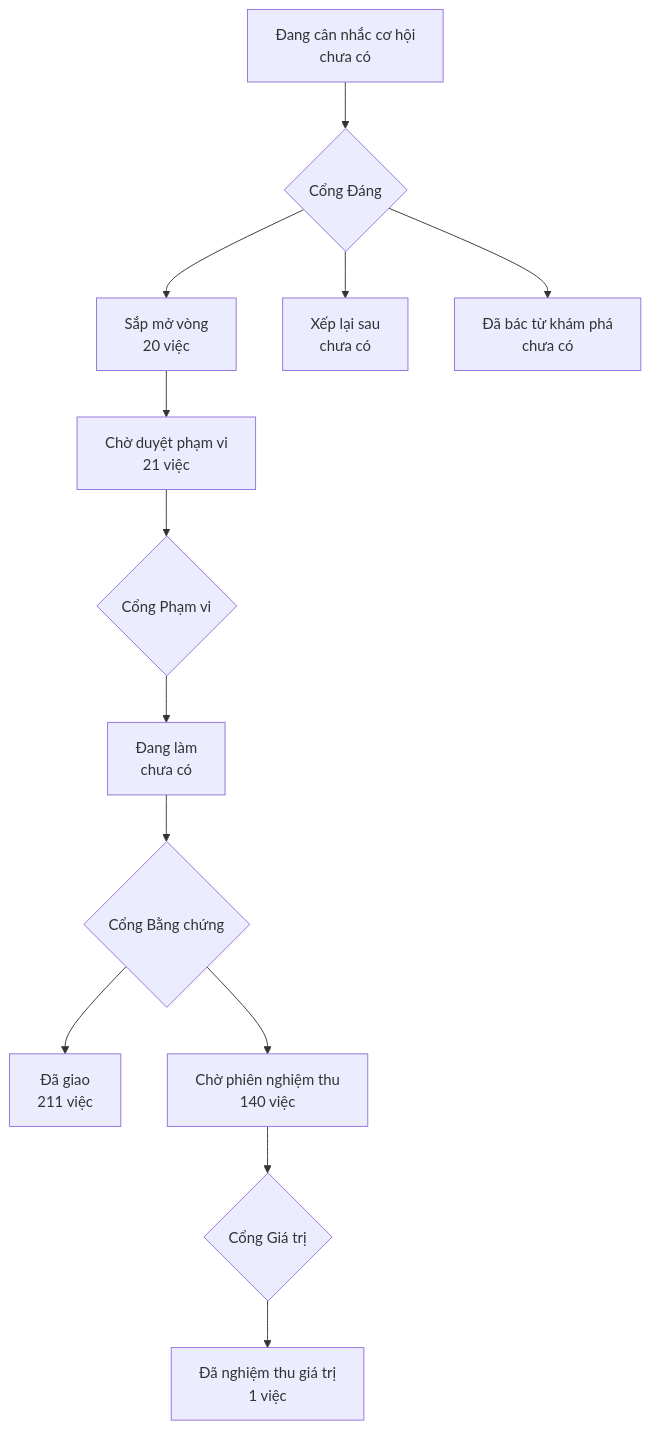
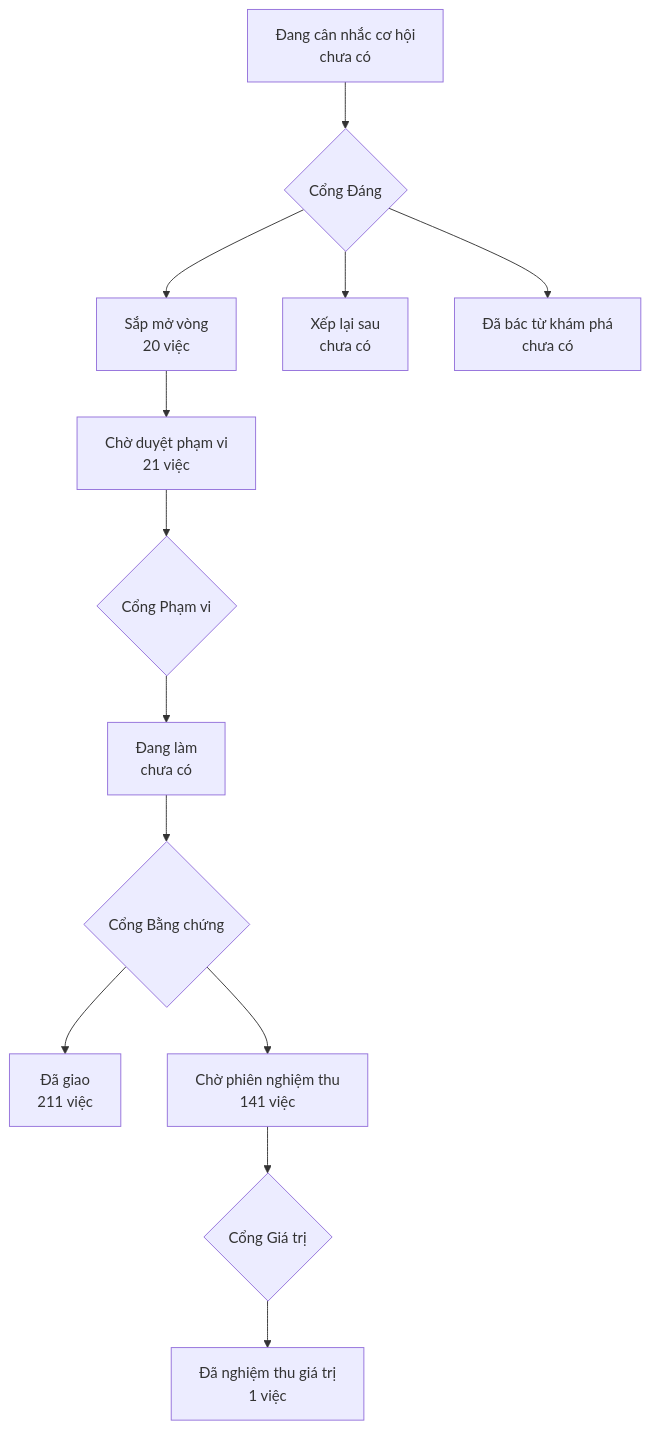
Before and after one commit to phanlemanh/onehub-invest: the diagram in PRODUCT-MAP.md, drawn with Mermaid. The commit also changed other lines of this file and 38 other files, not shown here.

````diff
--- a/PRODUCT-MAP.md
+++ b/PRODUCT-MAP.md
@@ -7,12 +7,12 @@
 ```mermaid
 flowchart TD
   A["Đang cân nhắc cơ hội<br/>chưa có"] --> GD{"Cổng Đáng"}
   GD --> B["Sắp mở vòng<br/>20 việc"]
   GD --> XL["Xếp lại sau<br/>chưa có"]
   GD --> DB["Đã bác từ khám phá<br/>chưa có"]
   B --> CD["Chờ duyệt phạm vi<br/>21 việc"] --> GP{"Cổng Phạm vi"}
   GP --> DL["Đang làm<br/>chưa có"] --> GB{"Cổng Bằng chứng"}
   GB --> DG["Đã giao<br/>211 việc"]
-  GB --> CN["Chờ phiên nghiệm thu<br/>140 việc"] --> GG{"Cổng Giá trị"}
+  GB --> CN["Chờ phiên nghiệm thu<br/>141 việc"] --> GG{"Cổng Giá trị"}
   GG --> NT["Đã nghiệm thu giá trị<br/>1 việc"]
 ```
````
